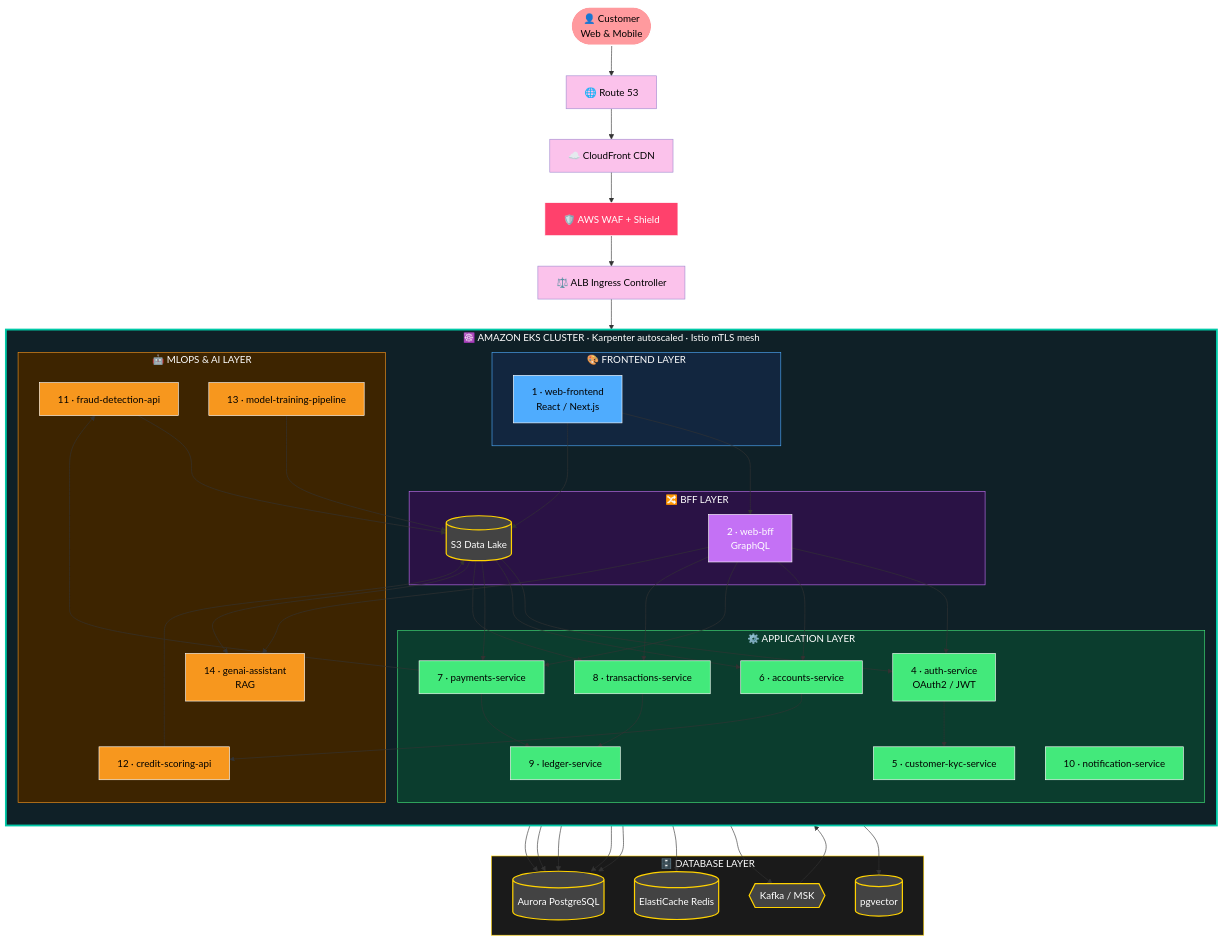
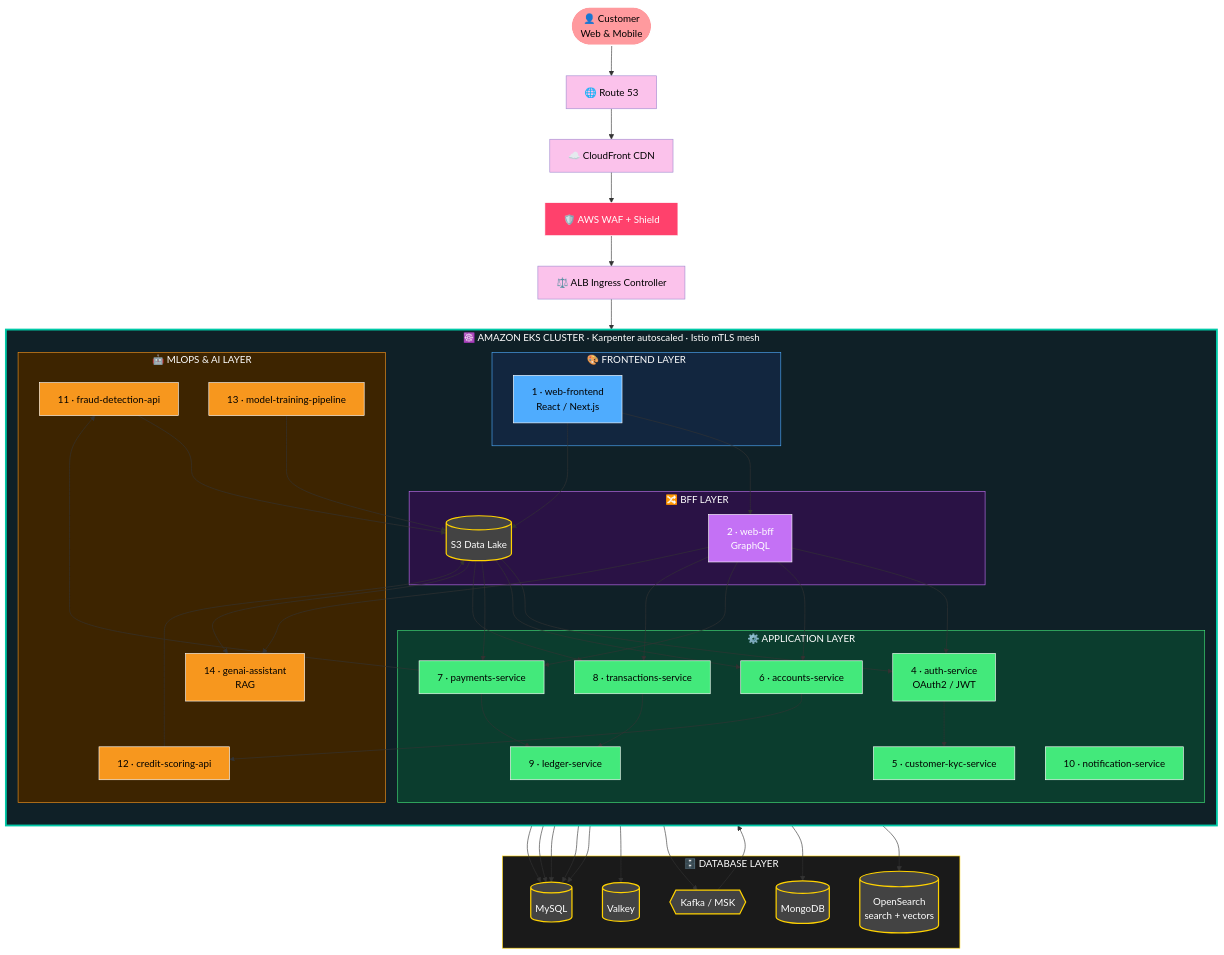
The third of 31 diagrams in README.md (muntaha747/FinTech-Enterprise-Project), drawn with Mermaid before and after one commit. The commit also changed other lines of this file and 4 other files, not shown here.

First line of the commit message:
README: project overview, infrastructure layers and regional architecture diagrams [skip ci]

````diff
--- a/README.md
+++ b/README.md
@@ -76,76 +216,78 @@
 ```mermaid
 flowchart TB
     User([👤 Customer<br/>Web & Mobile]):::user --> R53[🌐 Route 53]:::edge
     R53 --> CF[☁️ CloudFront CDN]:::edge
     CF --> WAF[🛡️ AWS WAF + Shield]:::sec
     WAF --> ALB[⚖️ ALB Ingress Controller]:::edge
 
     subgraph EKS["☸️ AMAZON EKS CLUSTER · Karpenter autoscaled · Istio mTLS mesh"]
         direction TB
 
         subgraph FE["🎨 FRONTEND LAYER"]
             S1[1 · web-frontend<br/>React / Next.js]:::fe
         end
 
         subgraph BFFL["🔀 BFF LAYER"]
             S2[2 · web-bff<br/>GraphQL]:::bff
             S3[3 · mobile-bff<br/>REST]:::bff
         end
 
         subgraph APPL["⚙️ APPLICATION LAYER"]
             S4[4 · auth-service<br/>OAuth2 / JWT]:::app
             S5[5 · customer-kyc-service]:::app
             S6[6 · accounts-service]:::app
             S7[7 · payments-service]:::app
             S8[8 · transactions-service]:::app
             S9[9 · ledger-service]:::app
             S10[10 · notification-service]:::app
         end
 
         subgraph MLL["🤖 MLOPS & AI LAYER"]
             S11[11 · fraud-detection-api]:::ml
             S12[12 · credit-scoring-api]:::ml
             S13[13 · model-training-pipeline]:::ml
             S14[14 · genai-assistant<br/>RAG]:::ml
         end
     end
 
     subgraph DBL["🗄️ DATABASE LAYER"]
-        PG[(Aurora PostgreSQL)]:::db
-        RD[(ElastiCache Redis)]:::db
+        PG[(MySQL)]:::db
+        RD[(Valkey)]:::db
         KF{{Kafka / MSK}}:::db
+        MG[(MongoDB)]:::db
         S3[(S3 Data Lake)]:::db
-        VEC[(pgvector)]:::db
+        VEC[(OpenSearch<br/>search + vectors)]:::db
     end
 
     ALB --> S1
     S1 --> S2 & S3
     S2 & S3 --> S4 & S6 & S7 & S8 & S14
     S4 --> S5
+    S5 --> MG
     S7 --> S11
     S6 --> S12
     S7 --> S9
     S8 --> S9
     S8 --> KF --> S10
     S4 --> RD
     S5 & S6 & S7 & S8 & S9 --> PG
     S13 --> S3
     S11 & S12 --> S3
     S14 --> VEC
 
     classDef user fill:#ff9a9e,stroke:#fff,color:#000,stroke-width:2px
     classDef edge fill:#fbc2eb,stroke:#a18cd1,color:#000
     classDef sec fill:#ff416c,stroke:#fff,color:#fff
     classDef fe fill:#4facfe,stroke:#fff,color:#000
     classDef bff fill:#c471f5,stroke:#fff,color:#fff
     classDef app fill:#43e97b,stroke:#fff,color:#000
     classDef ml fill:#f7971e,stroke:#fff,color:#000
     classDef db fill:#434343,stroke:#ffd200,color:#fff,stroke-width:2px
 
     style EKS fill:#0f2027,stroke:#00c9a7,color:#fff,stroke-width:3px
     style FE fill:#12263f,stroke:#4facfe,color:#fff
     style BFFL fill:#2a1245,stroke:#c471f5,color:#fff
     style APPL fill:#0b3d2e,stroke:#43e97b,color:#fff
     style MLL fill:#3d2400,stroke:#f7971e,color:#fff
     style DBL fill:#1a1a1a,stroke:#ffd200,color:#fff
 ```
````
